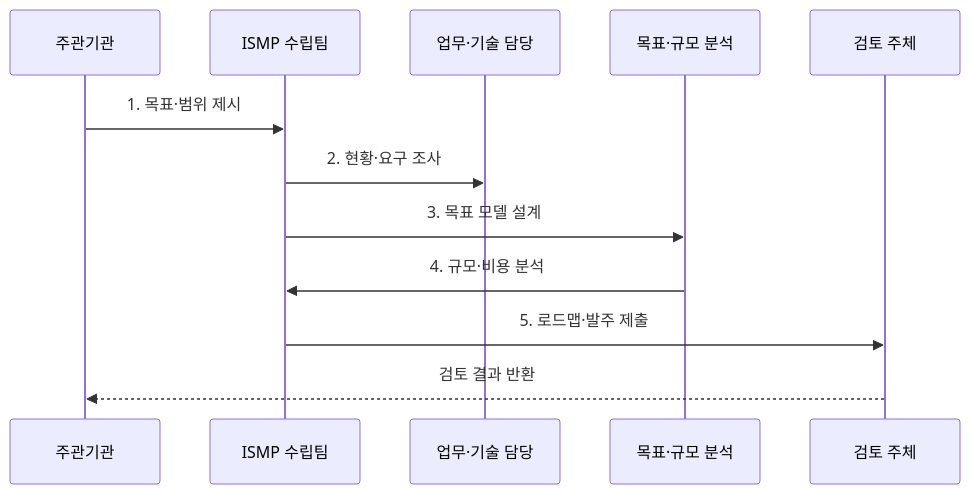
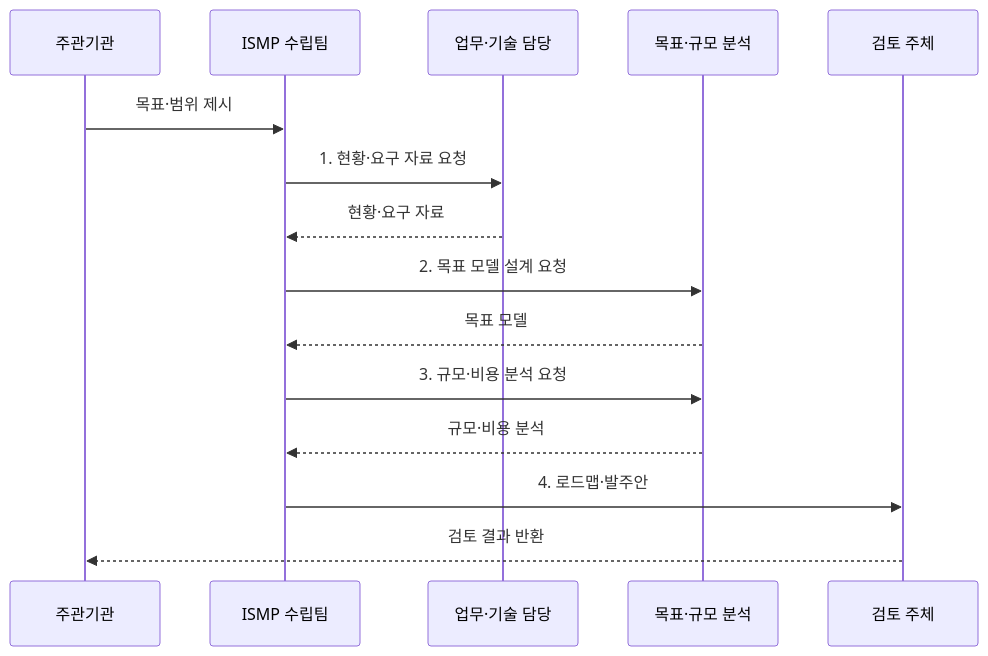
One commit to agnusdei1207/knowledge-base changed the second of 2 diagrams in src/content/docs/notes/03-software/187_ismp.md. Above: the diagram before and after it, drawn with Mermaid. The commit also changed other lines of this file and 20 other files, not shown here.

````diff
--- a/src/content/docs/notes/03-software/187_ismp.md
+++ b/src/content/docs/notes/03-software/187_ismp.md
@@ -77,14 +77,17 @@
 ```mermaid
 sequenceDiagram
     participant O as 주관기관
     participant T as ISMP 수립팀
     participant U as 업무·기술 담당
     participant M as 목표·규모 분석
     participant R as 검토 주체
-    O->>T: 1. 목표·범위 제시
-    T->>U: 2. 현황·요구 조사
-    T->>M: 3. 목표 모델 설계
-    M->>T: 4. 규모·비용 분석
-    T->>R: 5. 로드맵·발주 제출
+    O->>T: 목표·범위 제시
+    T->>U: 1. 현황·요구 자료 요청
+    U-->>T: 현황·요구 자료
+    T->>M: 2. 목표 모델 설계 요청
+    M-->>T: 목표 모델
+    T->>M: 3. 규모·비용 분석 요청
+    M-->>T: 규모·비용 분석
+    T->>R: 4. 로드맵·발주안
     R-->>O: 검토 결과 반환
 ```
````
